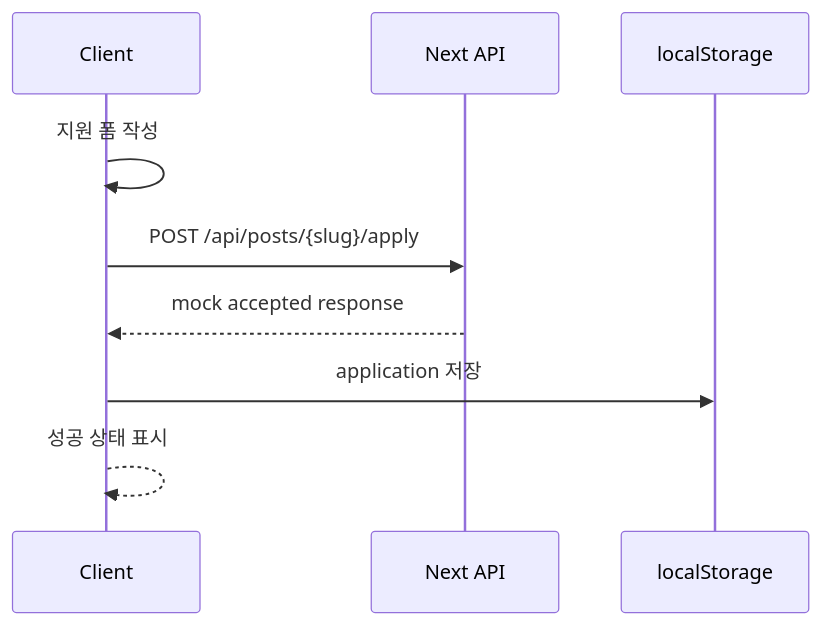
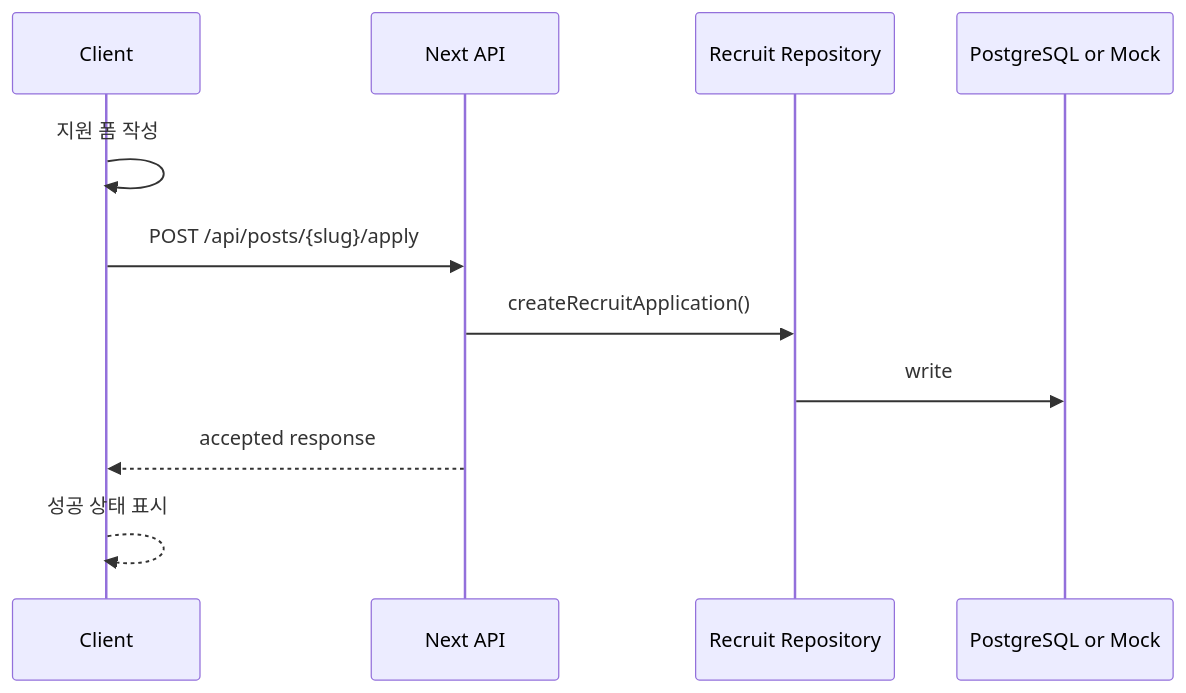
One commit to tail1887/campus-link-workshop changed the third of 3 diagrams in docs/02-architecture.md. Above: the diagram before and after it, drawn with Mermaid. The commit also changed other lines of this file and 23 other files, not shown here.

````diff
--- a/docs/02-architecture.md
+++ b/docs/02-architecture.md
@@ -109,12 +118,14 @@
 ```mermaid
 sequenceDiagram
     participant C as Client
     participant A as Next API
-    participant L as localStorage
+    participant R as Recruit Repository
+    participant D as PostgreSQL or Mock
 
     C->>C: 지원 폼 작성
     C->>A: POST /api/posts/{slug}/apply
-    A-->>C: mock accepted response
-    C->>L: application 저장
+    A->>R: createRecruitApplication()
+    R->>D: write
+    A-->>C: accepted response
     C-->>C: 성공 상태 표시
 ```
````
